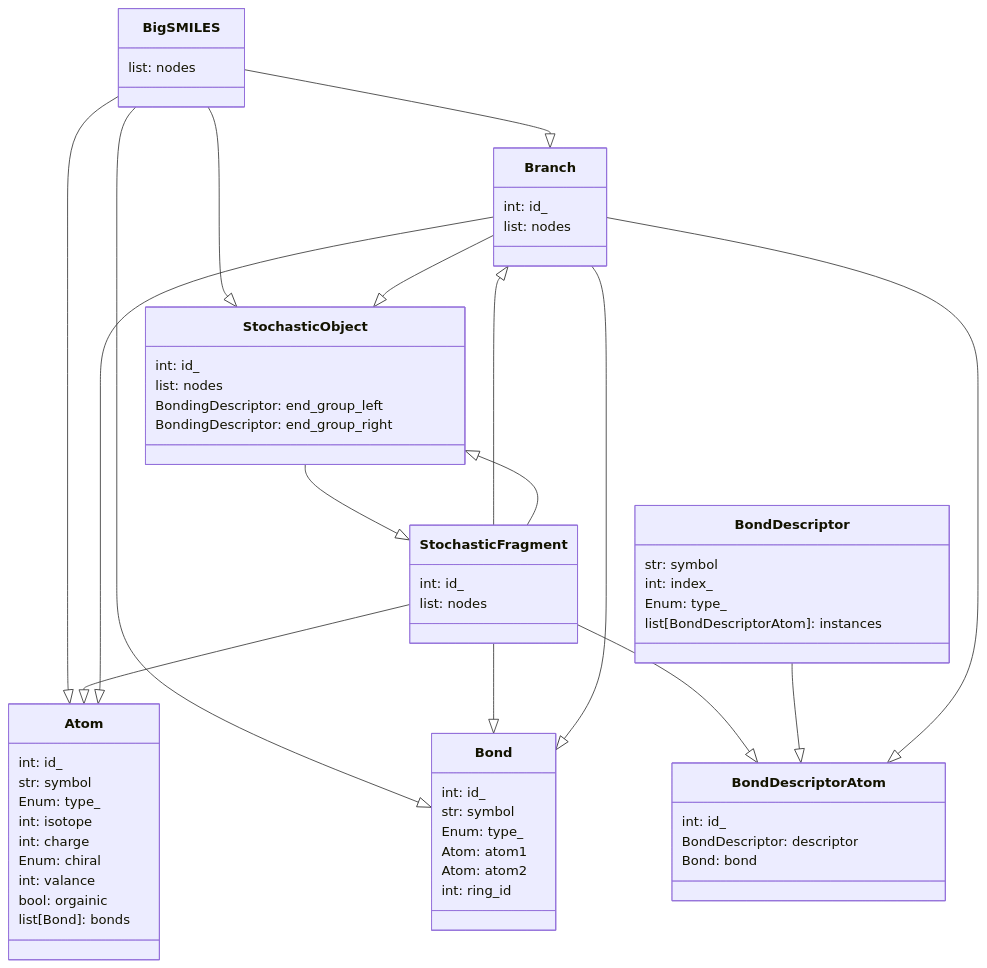
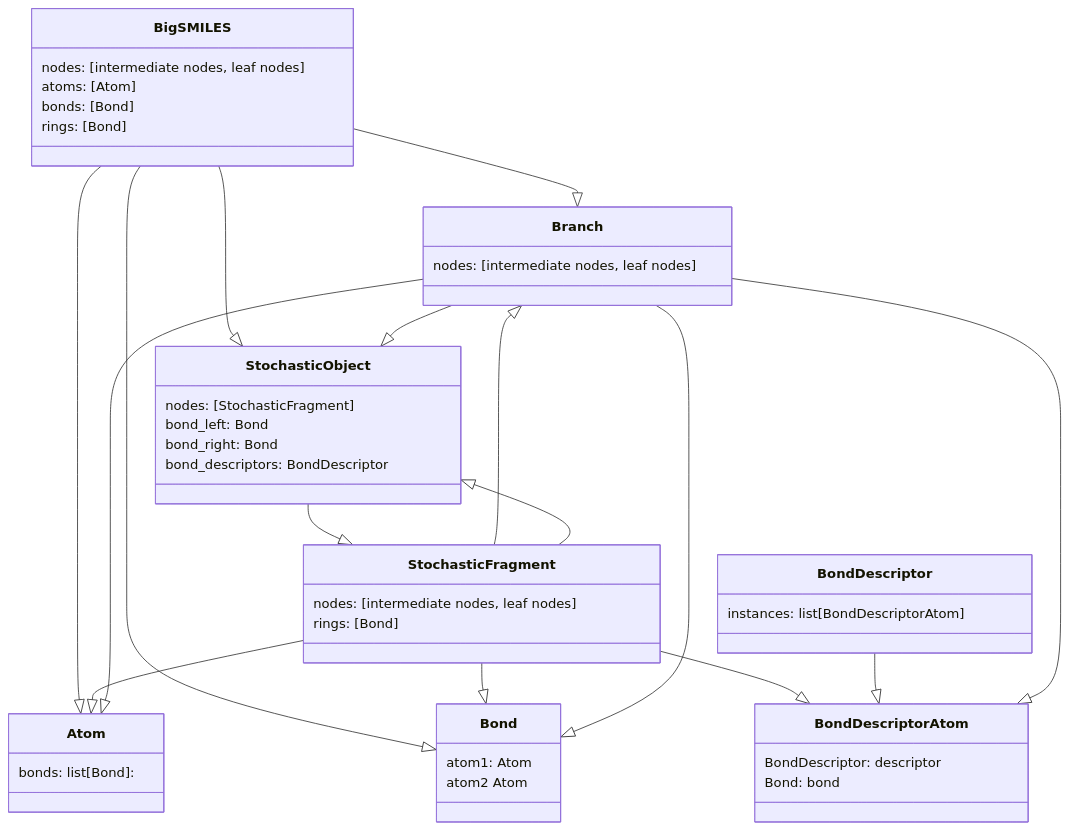
One commit to dylanwal/BigSMILES changed the diagram in docs/reference/data_structure/overview.md. Above: the diagram before and after it, drawn with Mermaid. The commit also changed other lines of this file and 27 other files, not shown here.

````diff
--- a/docs/reference/data_structure/overview.md
+++ b/docs/reference/data_structure/overview.md
@@ -14,81 +17,67 @@
 ```mermaid
 classDiagram
 
     class BigSMILES {
-        list: nodes
+        nodes: [intermediate nodes, leaf nodes]
+        atoms: [Atom]
+        bonds: [Bond]
+        rings: [Bond]
     }
     
     
     class StochasticObject {
-        int: id_
-        list: nodes
-        BondingDescriptor: end_group_left
-        BondingDescriptor: end_group_right
+        nodes: [StochasticFragment]
+        bond_left: Bond
+        bond_right: Bond
+        bond_descriptors: BondDescriptor
     }
     
     
     class StochasticFragment {
-        int: id_
-        list: nodes
+        nodes: [intermediate nodes, leaf nodes]
+        rings: [Bond]
     }
     
     
     class Branch {
-        int: id_
-        list: nodes
+        nodes: [intermediate nodes, leaf nodes]
     }
     
     
     class BondDescriptorAtom {
-        int: id_
         BondDescriptor: descriptor
         Bond: bond
     }
     
     
     class BondDescriptor {
-        str: symbol
-        int: index_
-        Enum: type_
-        list[BondDescriptorAtom]: instances
+        instances: list[BondDescriptorAtom] 
     }
 
     
     class Bond {
-        int: id_
-        str: symbol
-        Enum: type_
-        Atom: atom1
-        Atom: atom2
-        int: ring_id
+        atom1: Atom
+        atom2 Atom
     }
     
     class Atom {
-        int: id_
-        str: symbol
-        Enum: type_
-        int: isotope
-        int: charge
-        Enum: chiral
-        int: valance
-        bool: orgainic
-        list[Bond]: bonds
+        bonds: list[Bond]: 
     }
 
     BigSMILES --|> Atom
     BigSMILES --|> Bond
     BigSMILES --|> Branch
     BigSMILES --|> StochasticObject
     StochasticObject --|> StochasticFragment
     StochasticFragment --|> BondDescriptorAtom
     BondDescriptor --|> BondDescriptorAtom
     StochasticFragment --|> Atom
     StochasticFragment --|> Bond
     StochasticFragment --|> Branch
     StochasticFragment --|> StochasticObject
     Branch --|> BondDescriptorAtom
     Branch --|> StochasticObject
     Branch --|> Bond
     Branch --|> Atom
     
 ```
````
